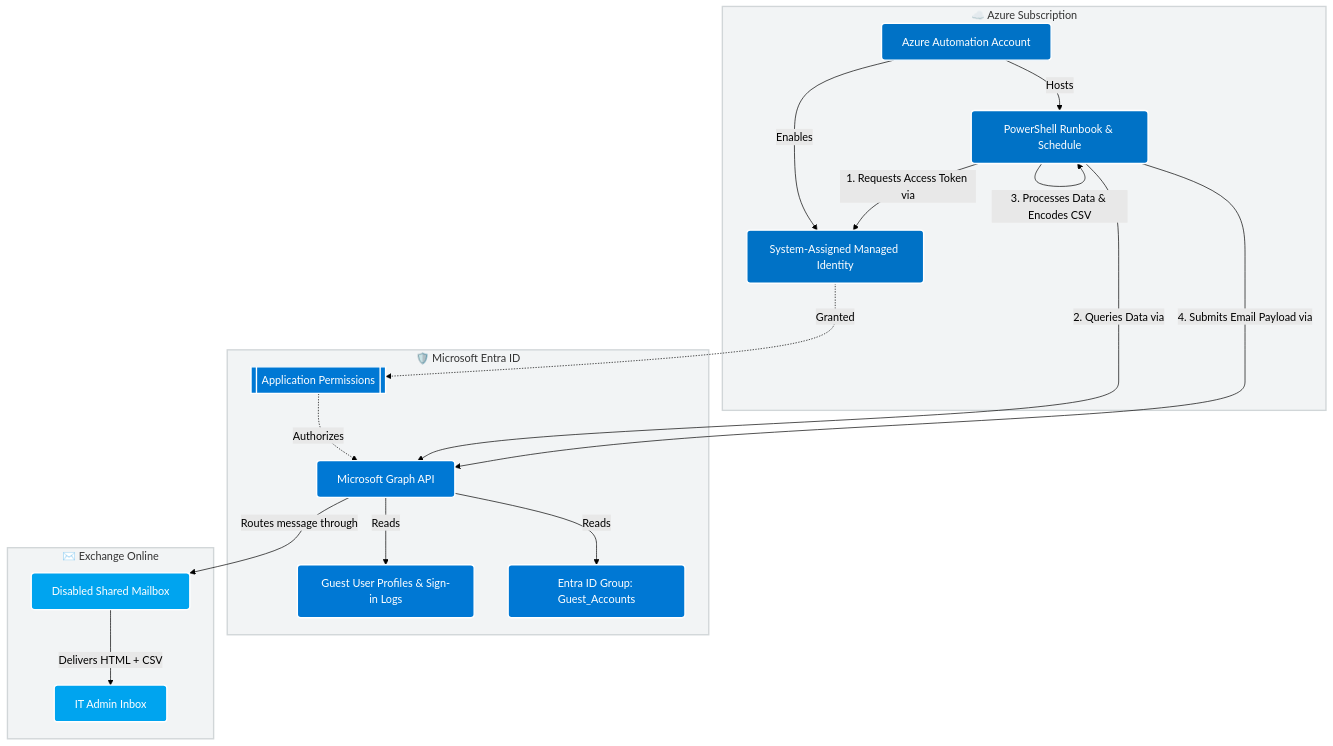
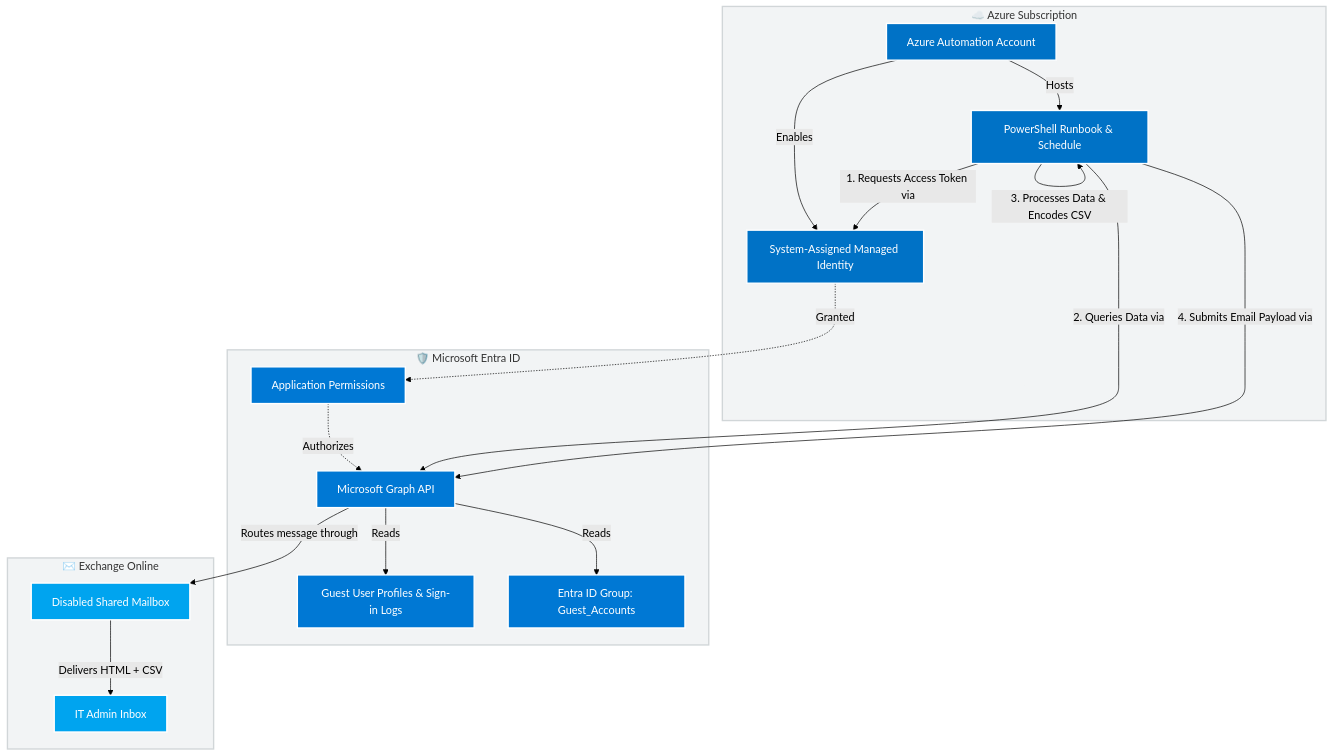
Before and after one commit to AzureBrother/AzureBrother.github.io: the diagram in entra-guest-inactivity-report.md, drawn with Mermaid (forest theme).

Commit message:
Refactor architecture diagram in inactivity report
Updated the architecture diagram syntax and styling for clarity.

````diff
--- a/entra-guest-inactivity-report.md
+++ b/entra-guest-inactivity-report.md
@@ -9,43 +9,47 @@
-<div class="mermaid">
+```mermaid
 graph TD
-    classDef azure fill:#0072C6,stroke:#fff,stroke-width:2px,color:#fff,rx:5px,ry:5px;
-    classDef entra fill:#0078D4,stroke:#fff,stroke-width:2px,color:#fff,rx:5px,ry:5px;
-    classDef exchange fill:#00A4EF,stroke:#fff,stroke-width:2px,color:#fff,rx:5px,ry:5px;
-    classDef subGraphStyle fill:#f2f4f5,stroke:#d1d6d8,stroke-width:2px,color:#333;
+    %% Custom Styles
+    classDef azure fill:#0072C6,stroke:#fff,stroke-width:2px,color:#fff;
+    classDef entra fill:#0078D4,stroke:#fff,stroke-width:2px,color:#fff;
+    classDef exchange fill:#00A4EF,stroke:#fff,stroke-width:2px,color:#fff;
 
     subgraph Azure ["☁️ Azure Subscription"]
         AA[Azure Automation Account]:::azure
         MI[System-Assigned Managed Identity]:::azure
         RB[PowerShell Runbook & Schedule]:::azure
     end
 
     subgraph Entra ["🛡️ Microsoft Entra ID"]
-        Perms[[Application Permissions]]:::entra
+        Perms[Application Permissions]:::entra
         Graph[Microsoft Graph API]:::entra
         Guests[Guest User Profiles & Sign-in Logs]:::entra
         Group[Entra ID Group: Guest_Accounts]:::entra
     end
 
     subgraph Exchange ["✉️ Exchange Online"]
         Mailbox[Disabled Shared Mailbox]:::exchange
         Recipient[IT Admin Inbox]:::exchange
     end
 
+    %% Relationships and Data Flow
     AA -->|Hosts| RB
     AA -->|Enables| MI
     MI -.->|Granted| Perms
     Perms -.->|Authorizes| Graph
-    
+
     RB -->|1. Requests Access Token via| MI
     RB -->|2. Queries Data via| Graph
     Graph -->|Reads| Guests
     Graph -->|Reads| Group
-    
+
     RB -->|3. Processes Data & Encodes CSV| RB
-    
+
     RB -->|4. Submits Email Payload via| Graph
     Graph -->|Routes message through| Mailbox
     Mailbox -->|Delivers HTML + CSV| Recipient
 
-    class Azure,Entra,Exchange subGraphStyle;
-</div>
+    %% Subgraph background styling
+    style Azure fill:#f2f4f5,stroke:#d1d6d8,stroke-width:2px,color:#333
+    style Entra fill:#f2f4f5,stroke:#d1d6d8,stroke-width:2px,color:#333
+    style Exchange fill:#f2f4f5,stroke:#d1d6d8,stroke-width:2px,color:#333
+```
````
